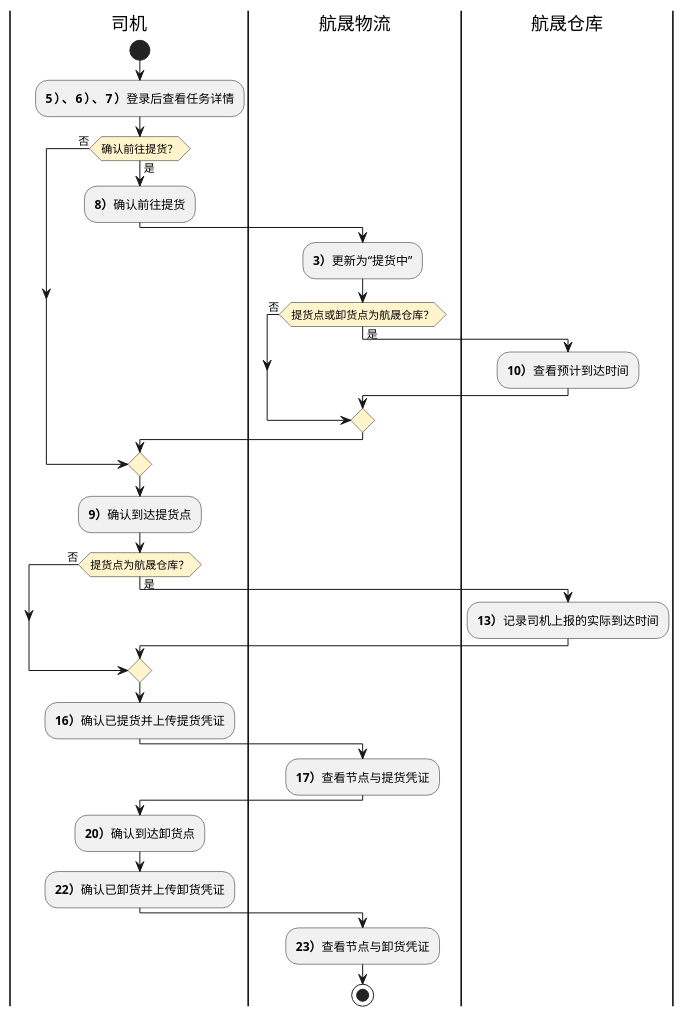
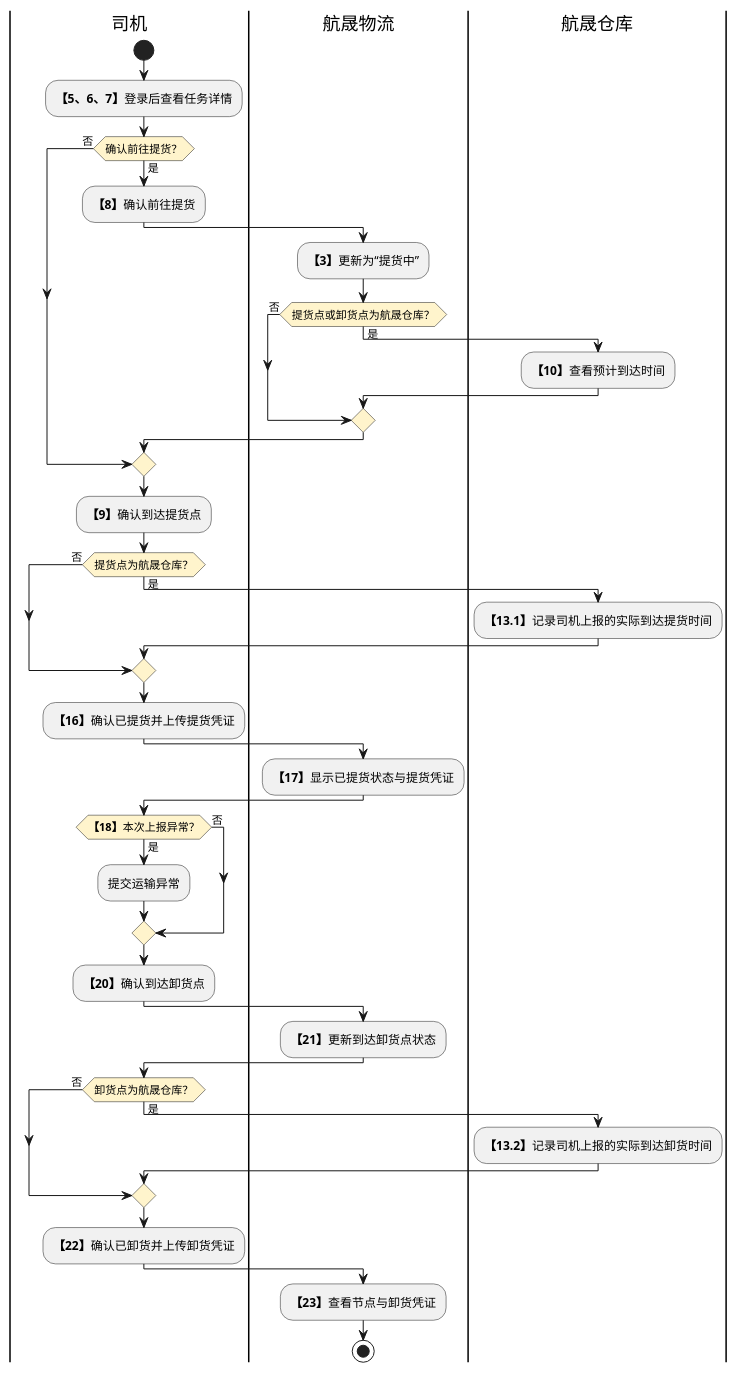
One commit to jack888332/projects-doc changed the second of 8 diagrams in product-caliber/goldjet/segmented-prd/PRD.高捷物流系统一期.第016篇.用车-运单管理.20AA542560.md. Above: the diagram before and after it, drawn with PlantUML. The commit also changed other lines of this file and 12 other files, not shown here.

Commit message:
完善DSL图

````diff
--- a/product-caliber/goldjet/segmented-prd/PRD.高捷物流系统一期.第016篇.用车-运单管理.20AA542560.md
+++ b/product-caliber/goldjet/segmented-prd/PRD.高捷物流系统一期.第016篇.用车-运单管理.20AA542560.md
@@ -59,36 +73,49 @@
 ```plantuml
 @startuml goldjet-016-driver-handoffs
 skinparam activityDiamondBackgroundColor #FFF4CC
 |司机|
 start
-:**5）、6）、7）**登录后查看任务详情;
+:**【5、6、7】**登录后查看任务详情;
 if (确认前往提货？) then (是)
-  :**8）**确认前往提货;
+  :**【8】**确认前往提货;
   |航晟物流|
-  :**3）**更新为“提货中”;
+  :**【3】**更新为“提货中”;
   if (提货点或卸货点为航晟仓库？) then (是)
     |航晟仓库|
-    :**10）**查看预计到达时间;
+    :**【10】**查看预计到达时间;
   else (否)
   endif
 else (否)
 endif
 |司机|
-:**9）**确认到达提货点;
+:**【9】**确认到达提货点;
 if (提货点为航晟仓库？) then (是)
   |航晟仓库|
-  :**13）**记录司机上报的实际到达时间;
+  :**【13.1】**记录司机上报的实际到达提货时间;
 else (否)
 endif
 |司机|
-:**16）**确认已提货并上传提货凭证;
+:**【16】**确认已提货并上传提货凭证;
 |航晟物流|
-:**17）**查看节点与提货凭证;
+:**【17】**显示已提货状态与提货凭证;
 |司机|
-:**20）**确认到达卸货点;
-:**22）**确认已卸货并上传卸货凭证;
+if (**【18】**本次上报异常？) then (是)
+  :提交运输异常;
+else (否)
+endif
+:**【20】**确认到达卸货点;
 |航晟物流|
-:**23）**查看节点与卸货凭证;
+:**【21】**更新到达卸货点状态;
+|司机|
+if (卸货点为航晟仓库？) then (是)
+  |航晟仓库|
+  :**【13.2】**记录司机上报的实际到达卸货时间;
+else (否)
+endif
+|司机|
+:**【22】**确认已卸货并上传卸货凭证;
+|航晟物流|
+:**【23】**查看节点与卸货凭证;
 stop
 @enduml
 ```
````
